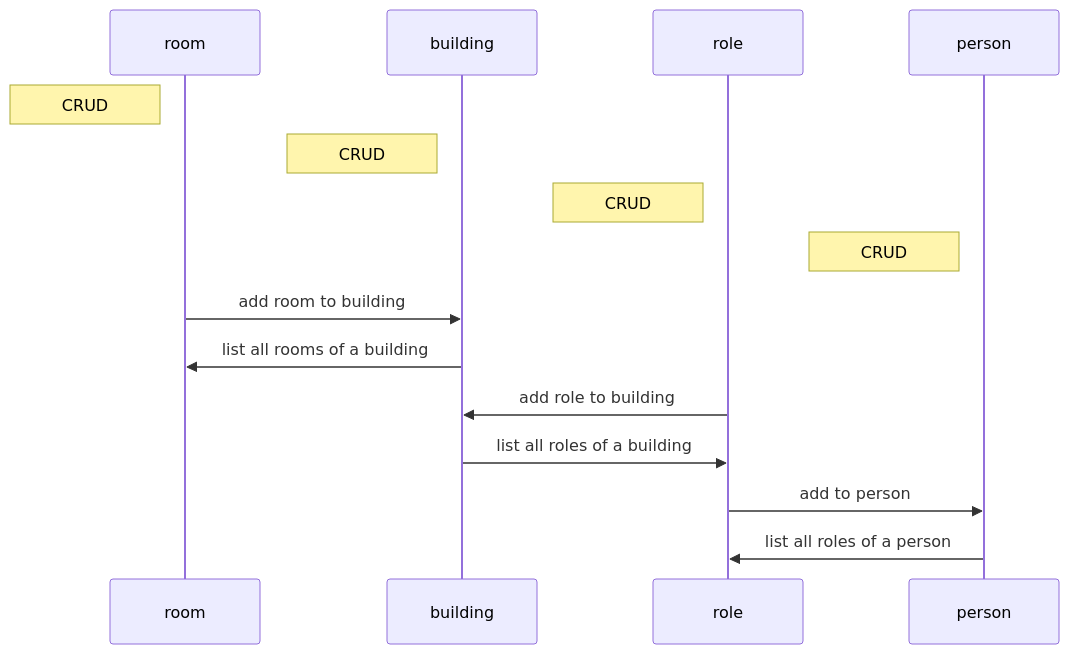
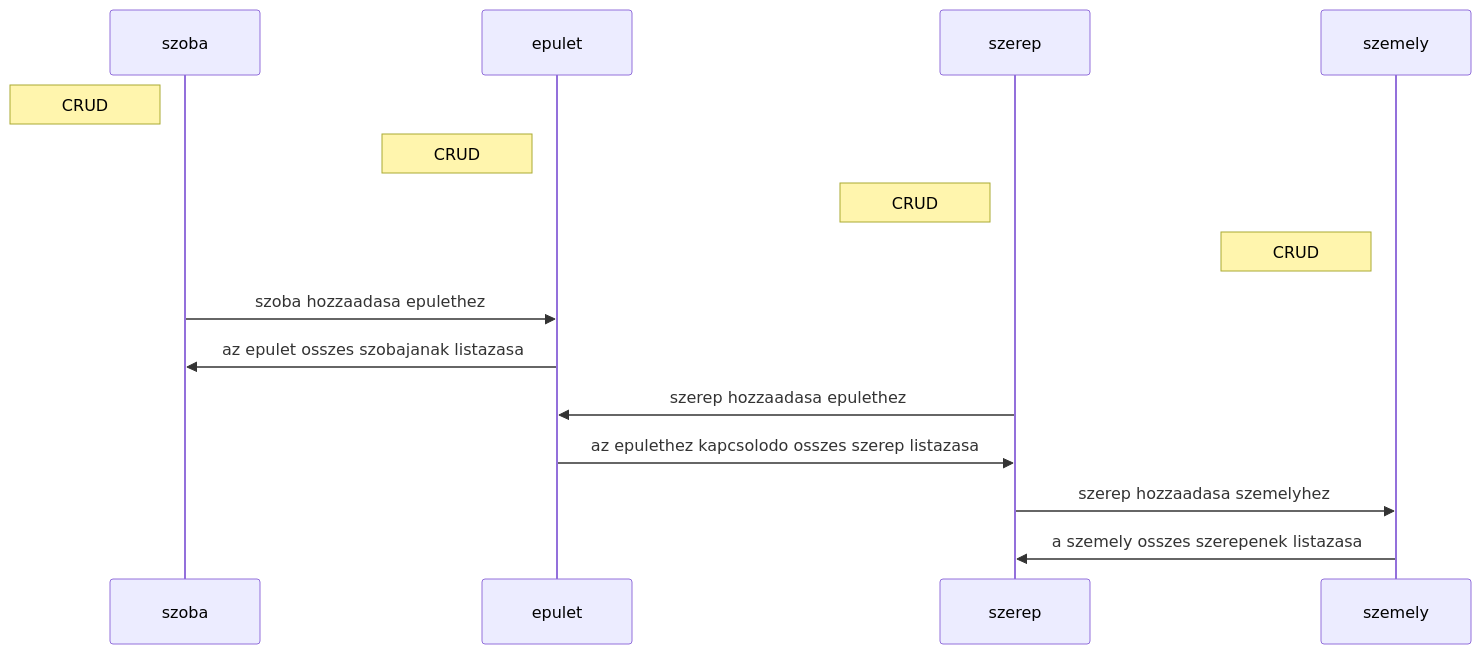
Before and after one commit to blasesteban/real-estate-register-app: the diagram in README.md, drawn with Mermaid. The commit also changed other lines of this file and 3 other files, not shown here.

````diff
--- a/README.md
+++ b/README.md
@@ -13,17 +13,17 @@
 ```mermaid
 sequenceDiagram
-participant room
-participant building
-participant role
-participant person
-note left of room: CRUD
-note left of building: CRUD
-note left of role: CRUD
-note left of person: CRUD
-room->>building: add room to building
-building->>room: list all rooms of a building
-role->>building: add role to building
-building->>role: list all roles of a building
-role->>person: add to person
-person->>role: list all roles of a person
+participant szoba
+participant epulet
+participant szerep
+participant szemely
+note left of szoba: CRUD
+note left of epulet: CRUD
+note left of szerep: CRUD
+note left of szemely: CRUD
+szoba->>epulet: szoba hozzaadasa epulethez
+epulet->>szoba: az epulet osszes szobajanak listazasa
+szerep->>epulet: szerep hozzaadasa epulethez
+epulet->>szerep: az epulethez kapcsolodo osszes szerep listazasa
+szerep->>szemely: szerep hozzaadasa szemelyhez
+szemely->>szerep: a szemely osszes szerepenek listazasa
 ```
````
